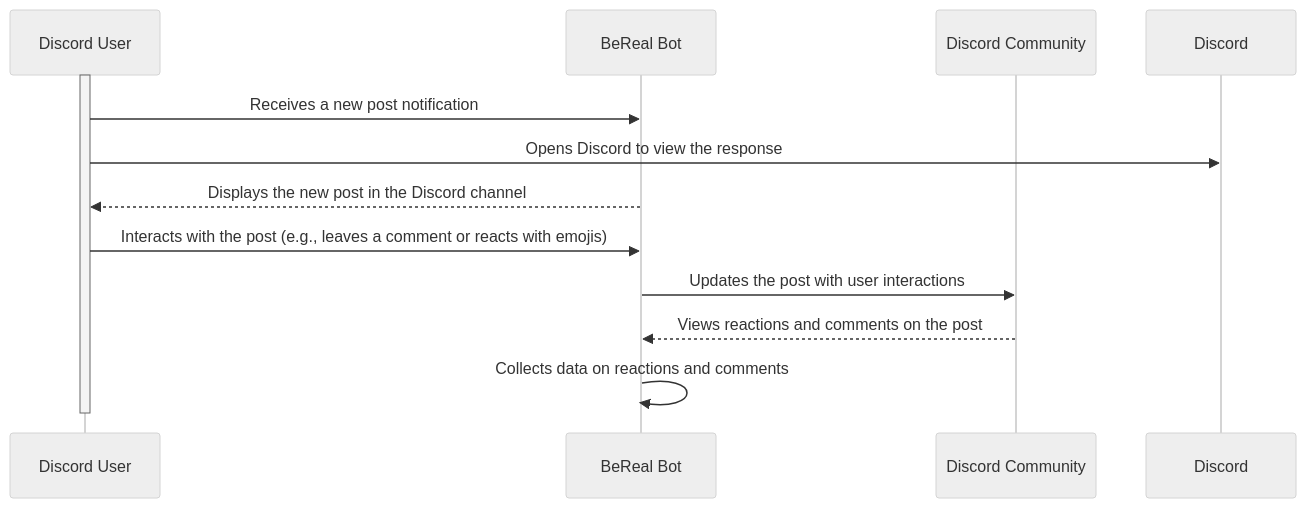
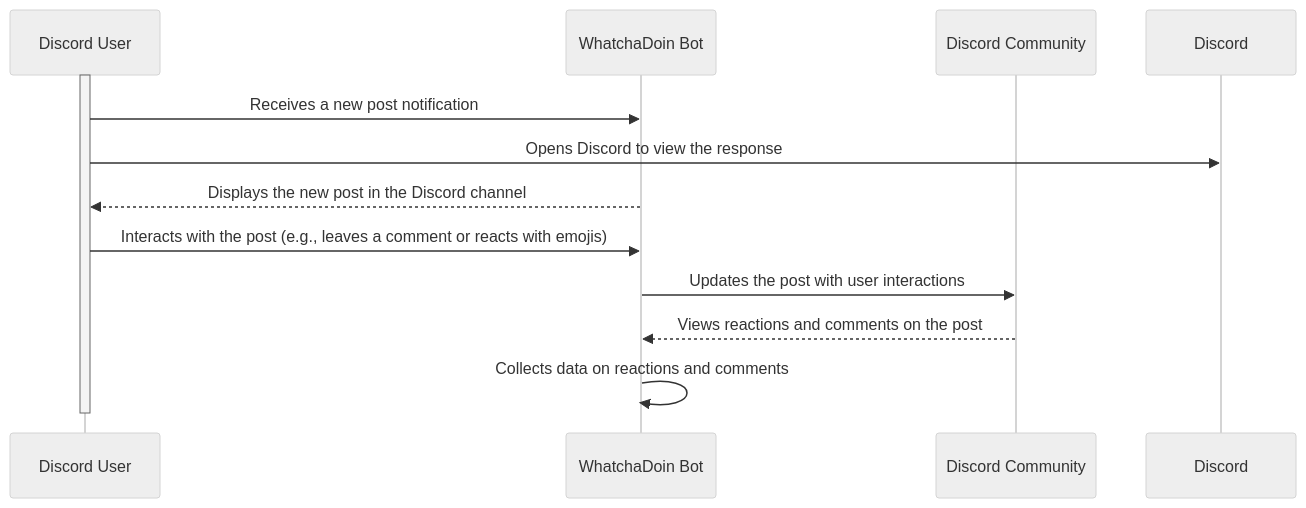
One commit to Capstone-Projects-2023-Fall/project-bereal-meets-slack changed the eighth of 11 diagrams in documentation/docs/system-architecture/design.md. Above: the diagram before and after it, drawn with Mermaid (neutral theme). The commit also changed other lines of this file, not shown here.

````diff
--- a/documentation/docs/system-architecture/design.md
+++ b/documentation/docs/system-architecture/design.md
@@ -386,18 +386,18 @@
 ```mermaid
 
 sequenceDiagram
     participant User as Discord User
-    participant BeRealBot as BeReal Bot
+    participant WhatchaDoinBot as WhatchaDoin Bot
     participant Community as Discord Community
 
     activate User
-    User ->> BeRealBot: Receives a new post notification
+    User ->> WhatchaDoinBot: Receives a new post notification
     User ->> Discord: Opens Discord to view the response
-    BeRealBot -->> User: Displays the new post in the Discord channel
-    User ->> BeRealBot: Interacts with the post (e.g., leaves a comment or reacts with emojis)
-    BeRealBot ->> Community: Updates the post with user interactions
-    Community -->> BeRealBot: Views reactions and comments on the post
-    BeRealBot ->> BeRealBot: Collects data on reactions and comments
+    WhatchaDoinBot -->> User: Displays the new post in the Discord channel
+    User ->> WhatchaDoinBot: Interacts with the post (e.g., leaves a comment or reacts with emojis)
+    WhatchaDoinBot ->> Community: Updates the post with user interactions
+    Community -->> WhatchaDoinBot: Views reactions and comments on the post
+    WhatchaDoinBot ->> WhatchaDoinBot: Collects data on reactions and comments
     deactivate User
 
 ```
````
